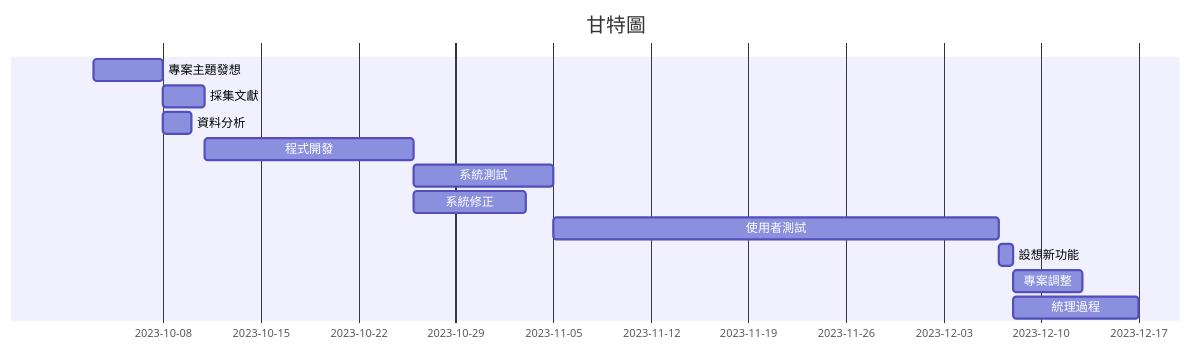
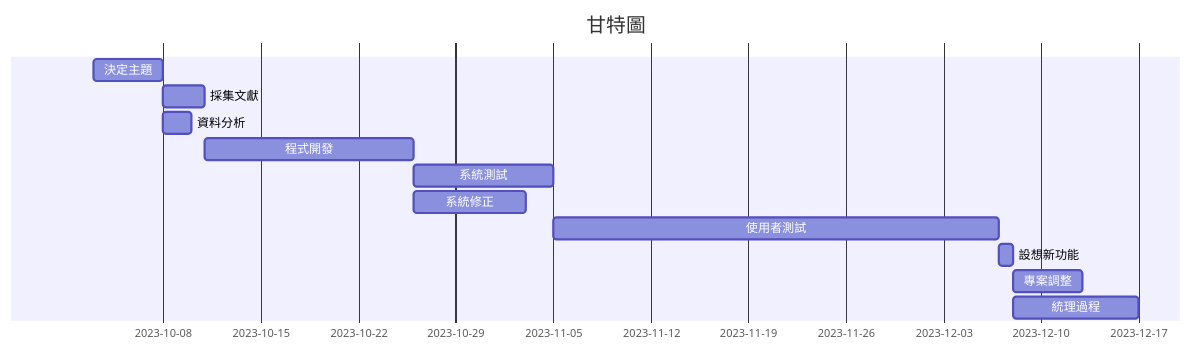
The diagram in README.md (shiang229/Team13), drawn with Mermaid before and after one commit. The commit also changed other lines of this file, not shown here.

````diff
--- a/README.md
+++ b/README.md
@@ -8,14 +19,14 @@
 ```mermaid
 gantt
     title 甘特圖
-　　專案主題發想     : a1 , 2023-10-03 , 5d
+　　決定主題     : a1 , 2023-10-03 , 5d
     採集文獻     : a2 , after a1 , 3d
     資料分析    : a3 , after a1 , 2d
     程式開發     : a4 , after a2 , 15d
     系統測試     : a5 , after a4 , 10d
     系統修正     : b1 , after a4 , 8d
     使用者測試     : a6 , after a4 a5 , 32d
     設想新功能     : a7 , after a6 , 1d
     專案調整   : a8 , after a7 ,5d
     統理過程   : a9 , after a7 ,9d
 ```
````
